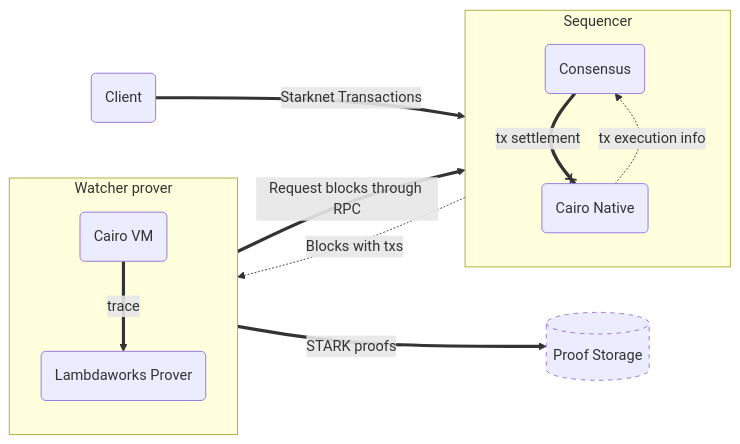
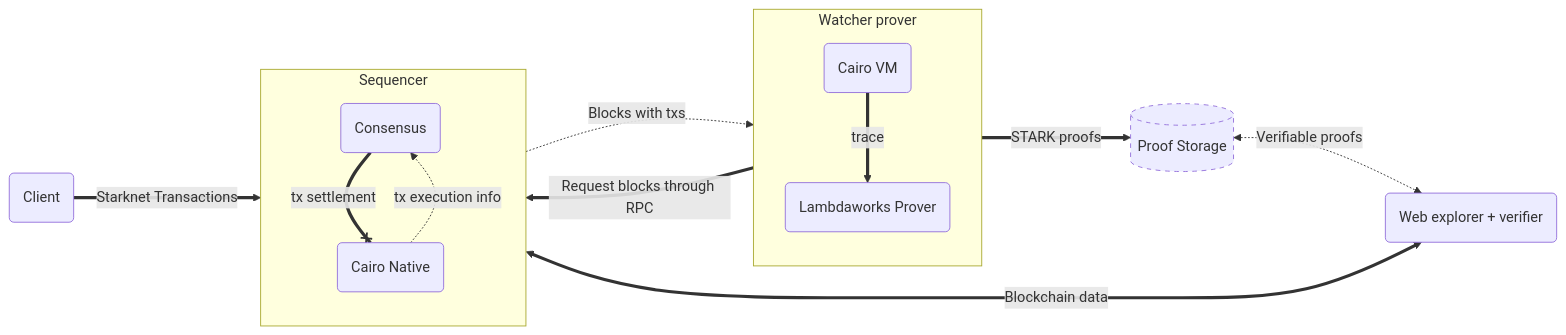
The diagram in README.md (lambdaclass/starknet_stack), drawn with Mermaid before and after one commit. The commit also changed other lines of this file, not shown here.

Commit message:
Add explorer to mermaid

``````diff
--- a/README.md
+++ b/README.md
@@ -7,15 +7,18 @@
 `````mermaid
 flowchart LR
-	A("Client") ==>|"Starknet Transactions"| subGraph0["Sequencer"]
-	subGraph0 -.->|"Blocks with txs"| 300319["Watcher prover"]
-	300319 ==>|"Request blocks through RPC "| subGraph0
-	300319 ==>|"STARK proofs"| 495216[("Proof Storage\n")]
-	style 495216 stroke-dasharray: 5
-	subgraph 300319["Watcher prover"]
-		320311("Cairo VM") ==>|"trace"| 993791("Lambdaworks Prover")
+	A("Client") ==>|"Starknet Transactions"| Sequencer
+	Sequencer -.->|"Blocks with txs"| watcher-prover["Watcher prover"]
+	watcher-prover ==>|"Request blocks through RPC "| Sequencer
+	watcher-prover ==>|"STARK proofs"| Db[("Proof Storage")]
+	style Db stroke-dasharray: 5
+	subgraph watcher-prover["Watcher prover"]
+		cairo-vm("Cairo VM") ==>|"trace"| prover("Lambdaworks Prover")
 	end
-	subgraph subGraph0["Sequencer"]
+	subgraph Sequencer
 		C("Consensus") ==x|"tx settlement"| B("Cairo Native")
 		B -.->|"tx execution info"| C
 	end
+    Sequencer <===>|"Blockchain data"| Explorer("Web explorer + verifier")
+    Db <-.-> |"Verifiable proofs"| Explorer
+    
 `````
``````
